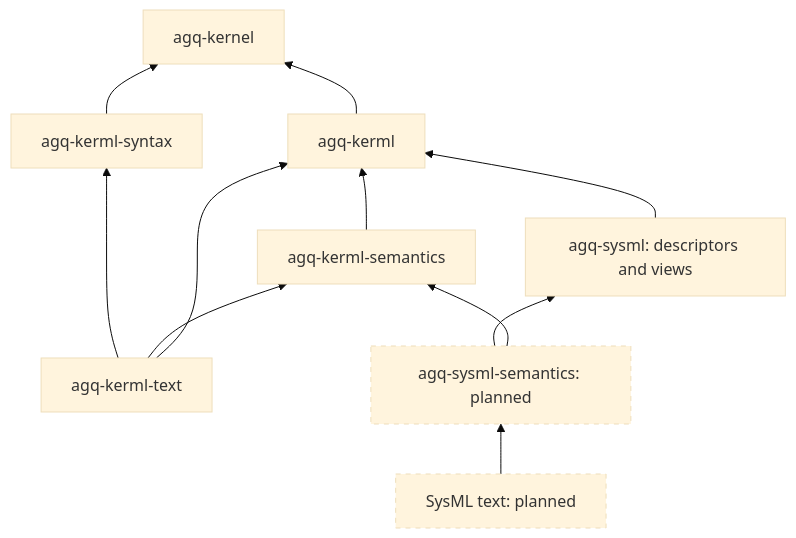
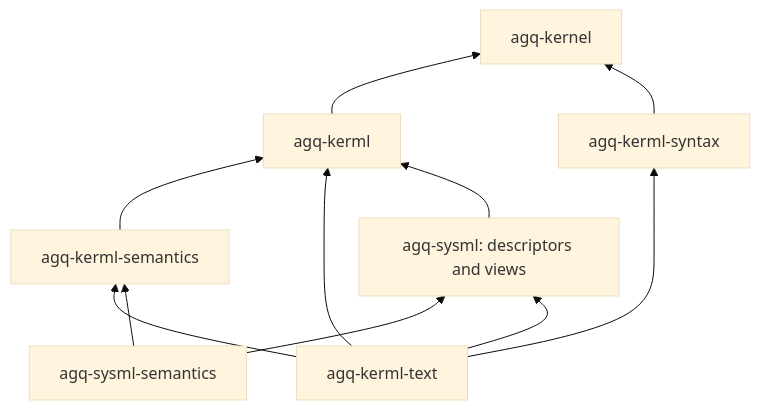
The first of 2 diagrams in docs/architecture.md (agentique-systems/agentique), drawn with Mermaid (base theme) before and after one commit. The commit also changed other lines of this file and 10 other files, not shown here.

````diff
--- a/docs/architecture.md
+++ b/docs/architecture.md
@@ -91,15 +92,13 @@
 ```mermaid
 flowchart BT
   kerml[agq-kerml] --> kernel[agq-kernel]
   semantics[agq-kerml-semantics] --> kerml
   text[agq-kerml-text] --> syntax[agq-kerml-syntax]
   text --> semantics
   text --> kerml
   syntax --> kernel
   sysml[agq-sysml: descriptors and views] --> kerml
-  sysmlsem[agq-sysml-semantics: planned] --> sysml
+  sysmlsem[agq-sysml-semantics] --> sysml
   sysmlsem --> semantics
-  sysmltext[SysML text: planned] --> sysmlsem
-  classDef planned stroke-dasharray: 5 5
-  class sysmlsem,sysmltext planned
+  text --> sysml
 ```
````
